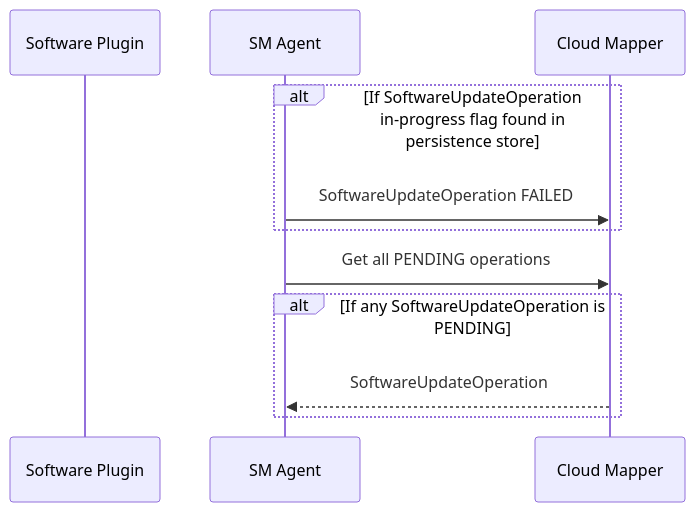
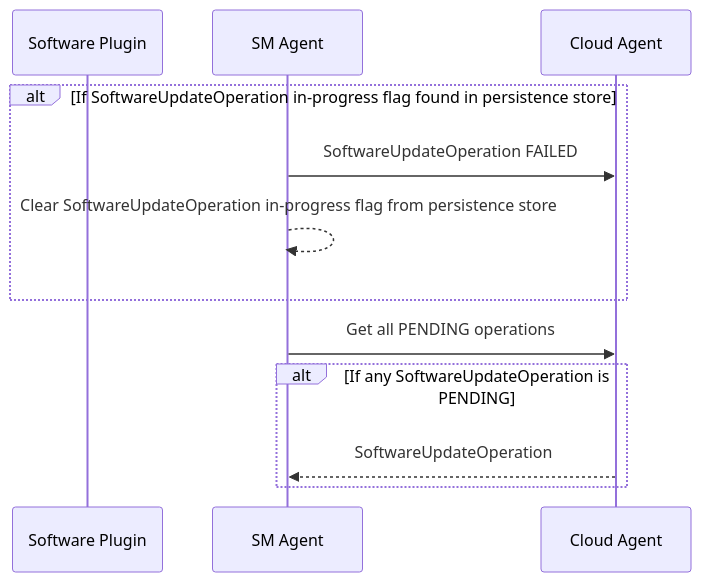
One commit to thin-edge/thin-edge.io-specs changed the first of 3 diagrams in src/software-management/sm-agent.md. Above: the diagram before and after it, drawn with Mermaid. The commit also changed other lines of this file, not shown here.

````diff
--- a/src/software-management/sm-agent.md
+++ b/src/software-management/sm-agent.md
@@ -5,15 +17,16 @@
 ```mermaid
 sequenceDiagram
     participant Software Plugin
     participant SM Agent
-    participant Cloud Mapper
+    participant Cloud Agent
     alt If SoftwareUpdateOperation in-progress flag found in persistence store
-        SM Agent->>Cloud Mapper: SoftwareUpdateOperation FAILED
+        SM Agent->>Cloud Agent: SoftwareUpdateOperation FAILED
+        SM Agent-->>SM Agent: Clear SoftwareUpdateOperation in-progress flag from persistence store
     end
 
-    SM Agent->>Cloud Mapper: Get all PENDING operations
+    SM Agent->>Cloud Agent: Get all PENDING operations
     alt If any SoftwareUpdateOperation is PENDING
-        Cloud Mapper-->>SM Agent: SoftwareUpdateOperation
+        Cloud Agent-->>SM Agent: SoftwareUpdateOperation
     end
 
 ```
````
